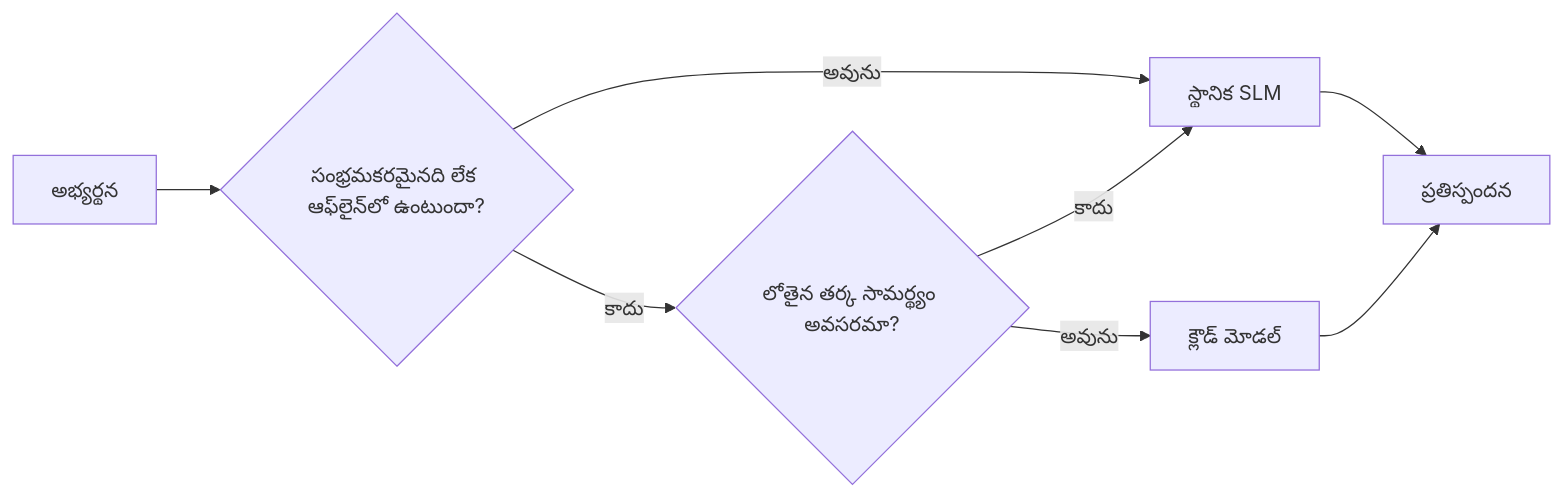
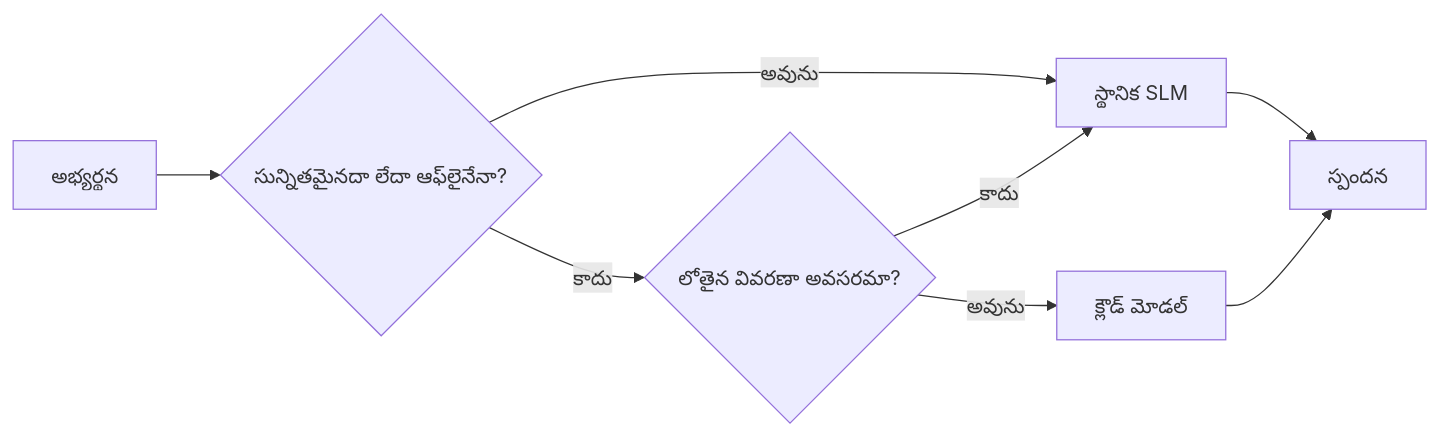
One commit to gabrielmoreira/agent-skills-mirror changed the fourth of 4 diagrams in mirrors/repos/microsoft@ai-agents-for-beginners/translations/te/17-creating-local-ai-agents/README.md. Above: the diagram before and after it, drawn with Mermaid. The commit also changed other lines of this file and 4262 other files, not shown here.

````diff
--- a/mirrors/repos/microsoft@ai-agents-for-beginners/translations/te/17-creating-local-ai-agents/README.md
+++ b/mirrors/repos/microsoft@ai-agents-for-beginners/translations/te/17-creating-local-ai-agents/README.md
@@ -156,10 +156,10 @@
 ```mermaid
 flowchart LR
-    Q[అభ్యర్థన] --> S{సంభ్రమకరమైనది లేక ఆఫ్‌లైన్‌లో ఉంటుందా?}
+    Q[అభ్యర్థన] --> S{సున్నితమైనదా లేదా ఆఫ్‌లైనేనా?}
     S -->|అవును| L[స్థానిక SLM]
-    S -->|కాదు| C{లోతైన తర్క సామర్థ్యం అవసరమా?}
+    S -->|కాదు| C{లోతైన వివరణా అవసరమా?}
     C -->|కాదు| L
     C -->|అవును| Cloud[క్లౌడ్ మోడల్]
-    L --> Out[ప్రతిస్పందన]
+    L --> Out[స్పందన]
     Cloud --> Out
 ```
````
